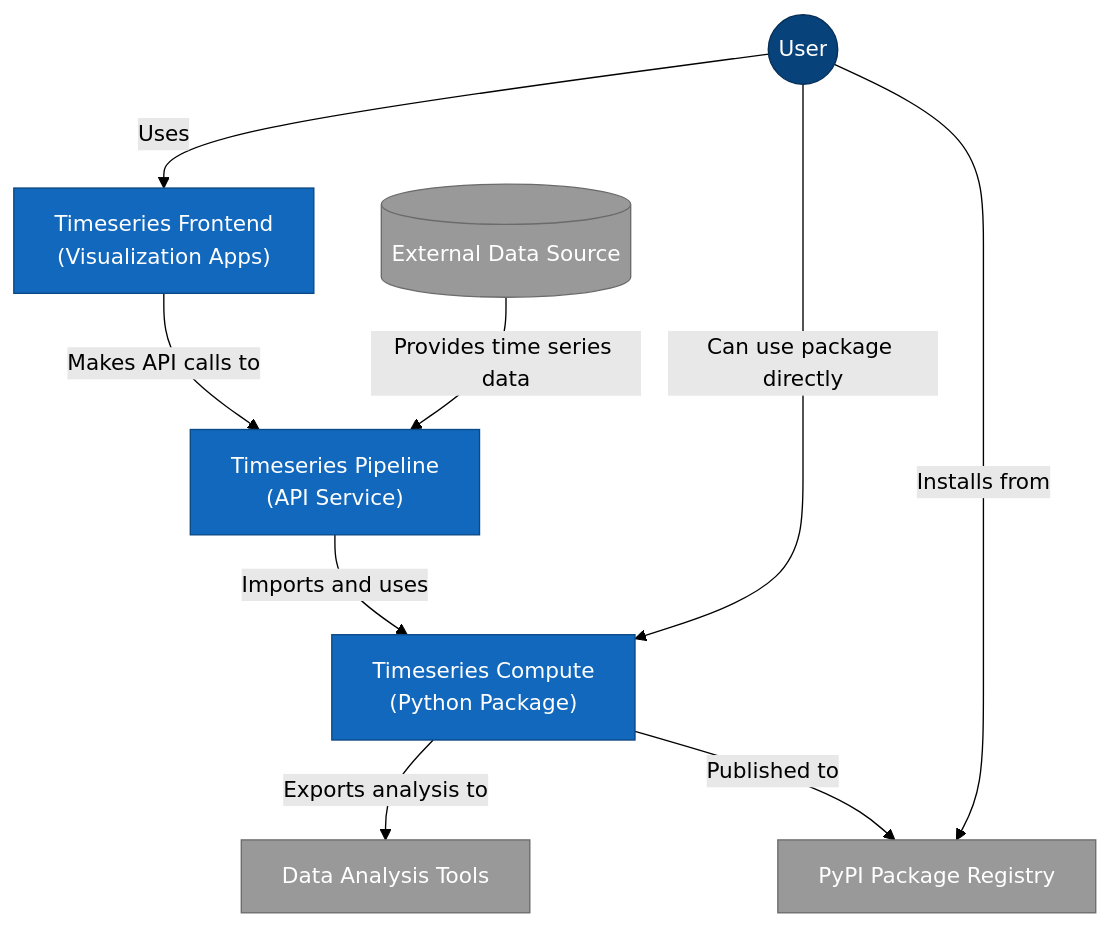
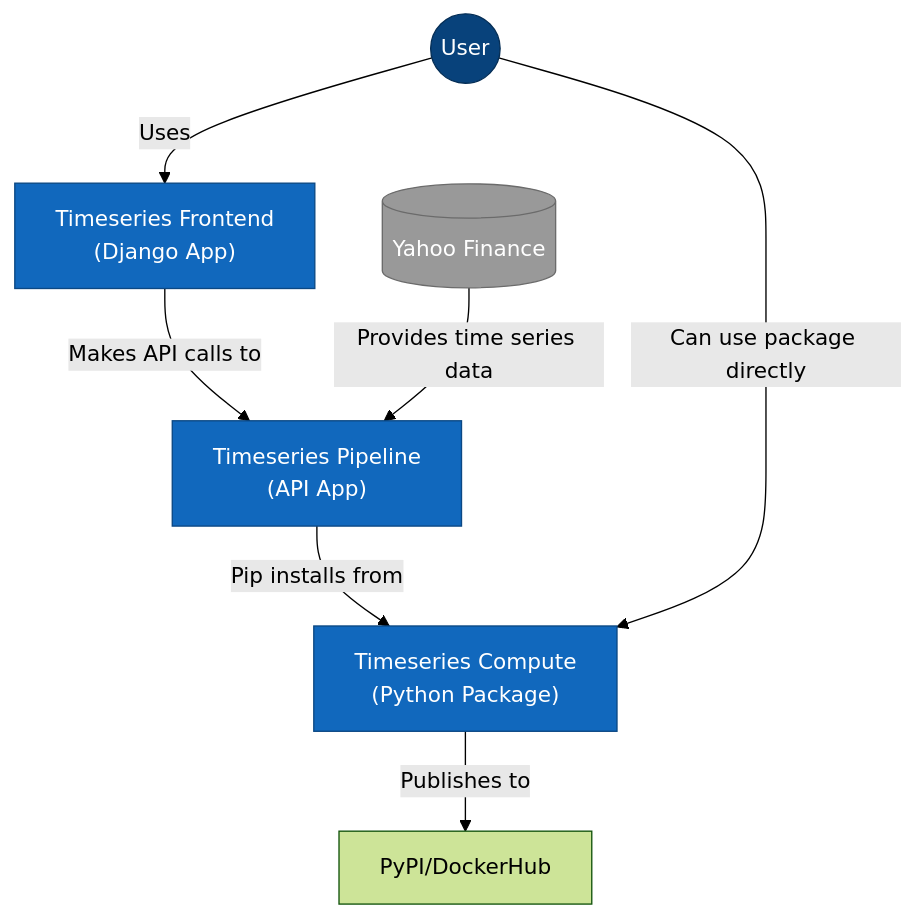
The first of 5 diagrams in README.md (garthmortensen/timeseries-compute), drawn with Mermaid (forest theme) before and after one commit. The commit also changed other lines of this file, not shown here.

````diff
--- a/README.md
+++ b/README.md
@@ -67,29 +47,25 @@
 ```mermaid
 flowchart TB
     %% Styling
     classDef person fill:#08427B,color:#fff,stroke:#052E56,stroke-width:1px
     classDef system fill:#1168BD,color:#fff,stroke:#0B4884,stroke-width:1px
     classDef external fill:#999999,color:#fff,stroke:#6B6B6B,stroke-width:1px
     %% Actors and Systems
     User((User)):::person
     %% Main Systems
     TimeSeriesFrontend["Timeseries Frontend
-    (Visualization Apps)"]:::system
+    (Django App)"]:::system
     TimeSeriesPipeline["Timeseries Pipeline
-    (API Service)"]:::system
+    (API App)"]:::system
     TimeseriesCompute["Timeseries Compute
     (Python Package)"]:::system
     %% External Systems
-    ExternalDataSource[(External Data Source)]:::external
-    AnalysisTool["Data Analysis Tools"]:::external
-    PyPI["PyPI Package Registry"]:::external
+    ExternalDataSource[(Yahoo Finance)]:::external
     %% Relationships
     User -- "Uses" --> TimeSeriesFrontend
     TimeSeriesFrontend -- "Makes API calls to" --> TimeSeriesPipeline
-    TimeSeriesPipeline -- "Imports and uses" --> TimeseriesCompute
+    TimeSeriesPipeline -- "Pip installs from" --> TimeseriesCompute
     User -- "Can use package directly" --> TimeseriesCompute  
     ExternalDataSource -- "Provides time series data" --> TimeSeriesPipeline
-    TimeseriesCompute -- "Exports analysis to" --> AnalysisTool
-    TimeseriesCompute -- "Published to" --> PyPI
-    User -- "Installs from" --> PyPI
+    TimeseriesCompute -- "Publishes to" --> PyPI/DockerHub
 ```
````
